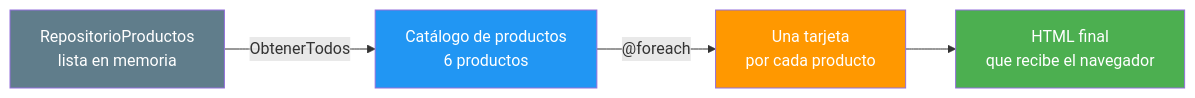
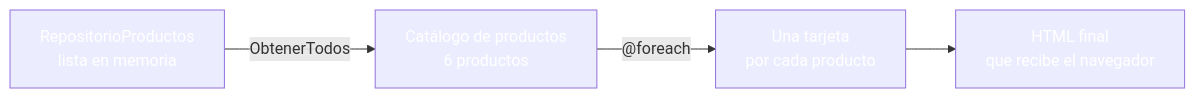
The first of 4 diagrams in 03-estructuras-control.md (joseluisgs/DesarrolloWebEntornosServidor-03-2026-2027), drawn with Mermaid before and after one commit. The commit also changed other lines of this file and 30 other files, not shown here.

````diff
--- a/03-estructuras-control.md
+++ b/03-estructuras-control.md
@@ -115,11 +115,11 @@
 ```mermaid
 graph LR
     A["RepositorioProductos<br/>lista en memoria"] -->|ObtenerTodos| B["Catálogo de productos<br/>6 productos"]
     B -->|"@foreach"| C["Una tarjeta<br/>por cada producto"]
     C --> D["HTML final<br/>que recibe el navegador"]
 
-    style A fill:#607D8B,color:#fff
-    style B fill:#2196F3,color:#fff
-    style C fill:#FF9800,color:#fff
-    style D fill:#4CAF50,color:#fff
+    style A fill:#607D8,color:#fffB,color:#fff
+    style B fill:#2196F,color:#fff3,color:#fff
+    style C fill:#FF980,color:#fff0,color:#fff
+    style D fill:#4CAF5,color:#fff0,color:#fff
 ```
````
